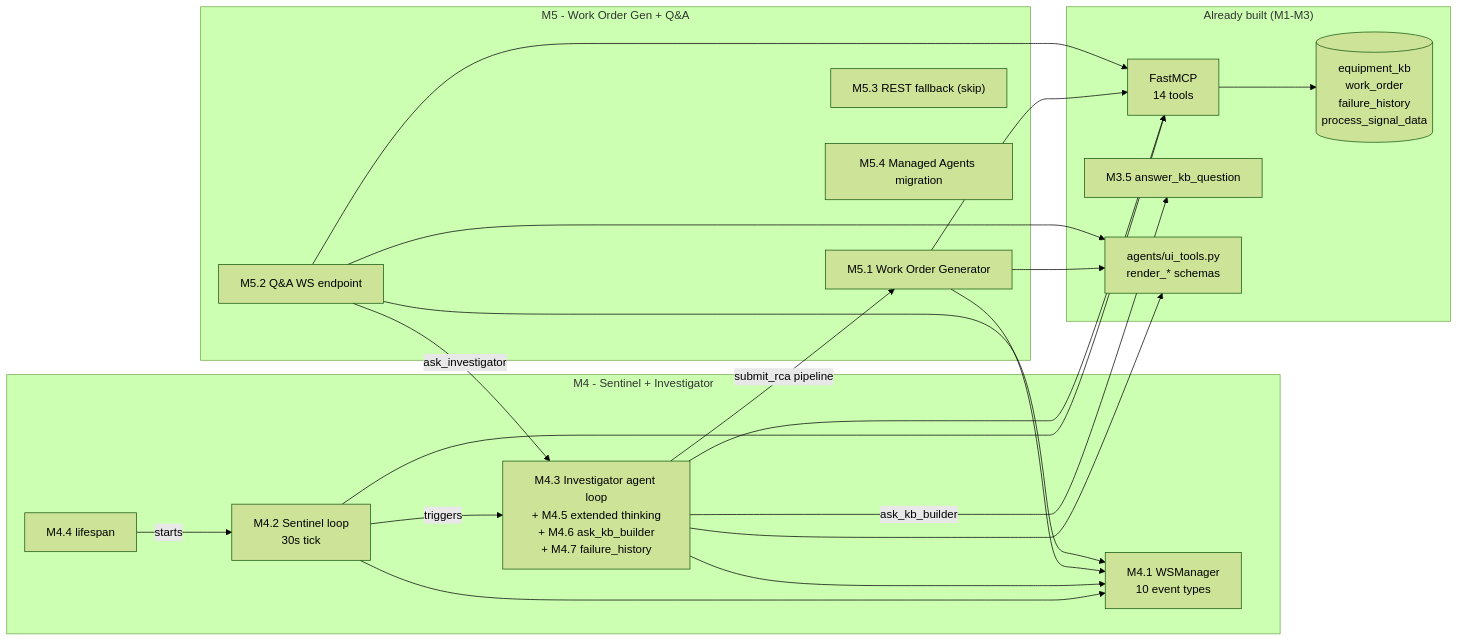
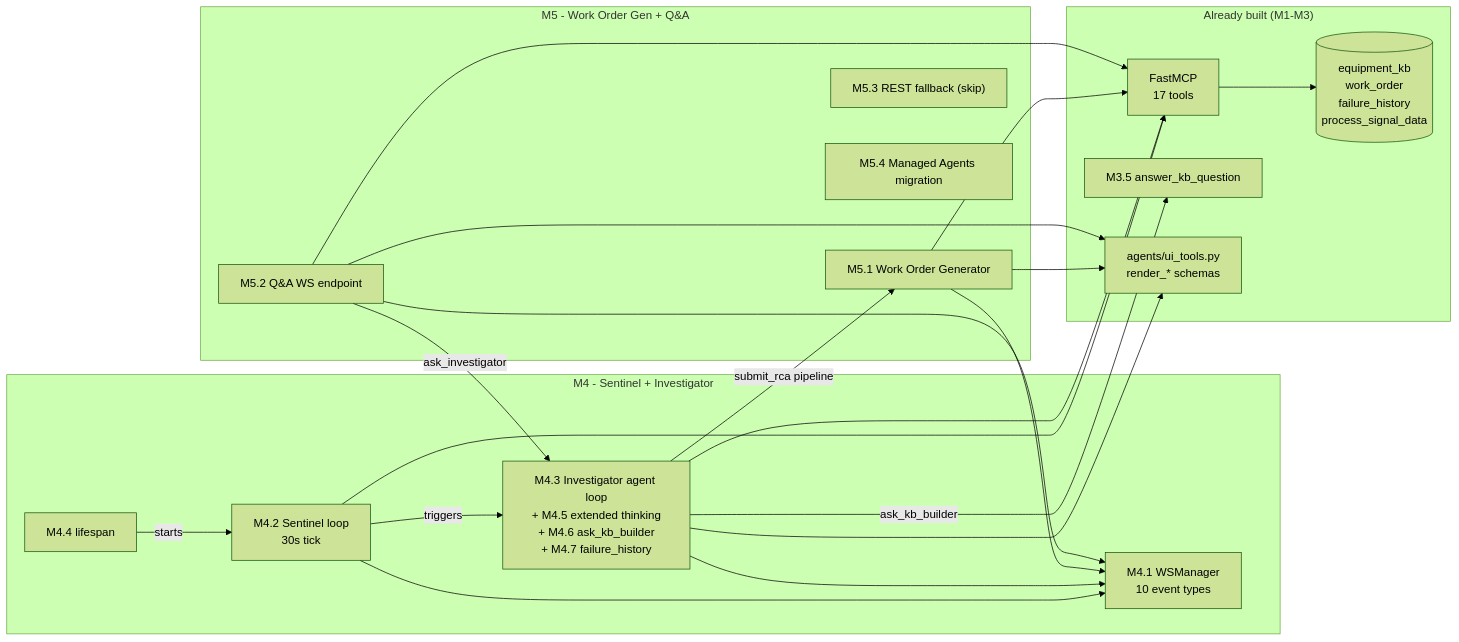
The first of 5 diagrams in docs/audits/M4-M5-sentinel-investigator-workorder-qa-audit.md (zestones/Aria), drawn with Mermaid (forest theme) before and after one commit. The commit also changed other lines of this file and 16 other files, not shown here.

Commit message:
fix: documentation errors bad mcp tools number

````diff
--- a/docs/audits/M4-M5-sentinel-investigator-workorder-qa-audit.md
+++ b/docs/audits/M4-M5-sentinel-investigator-workorder-qa-audit.md
@@ -14,38 +14,38 @@
 ```mermaid
 flowchart LR
     subgraph M4["M4 - Sentinel + Investigator"]
         Sent["M4.2 Sentinel loop<br/>30s tick"]
         Inv["M4.3 Investigator agent loop<br/>+ M4.5 extended thinking<br/>+ M4.6 ask_kb_builder<br/>+ M4.7 failure_history"]
         WS["M4.1 WSManager<br/>10 event types"]
         Life["M4.4 lifespan"]
     end
     subgraph M5["M5 - Work Order Gen + Q&A"]
         WOG["M5.1 Work Order Generator"]
         QA["M5.2 Q&A WS endpoint"]
         REST["M5.3 REST fallback (skip)"]
         MA["M5.4 Managed Agents migration"]
     end
     subgraph Done["Already built (M1-M3)"]
         DB[("equipment_kb<br/>work_order<br/>failure_history<br/>process_signal_data")]
-        MCP["FastMCP<br/>14 tools"]
+        MCP["FastMCP<br/>17 tools"]
         KBQ["M3.5 answer_kb_question"]
         UIT["agents/ui_tools.py<br/>render_* schemas"]
     end
     Sent -- triggers --> Inv
     Inv -- submit_rca pipeline --> WOG
     Inv -- ask_kb_builder --> KBQ
     QA -- ask_investigator --> Inv
     Sent --> WS
     Inv --> WS
     WOG --> WS
     QA --> WS
     Life -- starts --> Sent
     Sent --> MCP
     Inv --> MCP
     WOG --> MCP
     QA --> MCP
     MCP --> DB
     Inv --> UIT
     WOG --> UIT
     QA --> UIT
 ```
````
